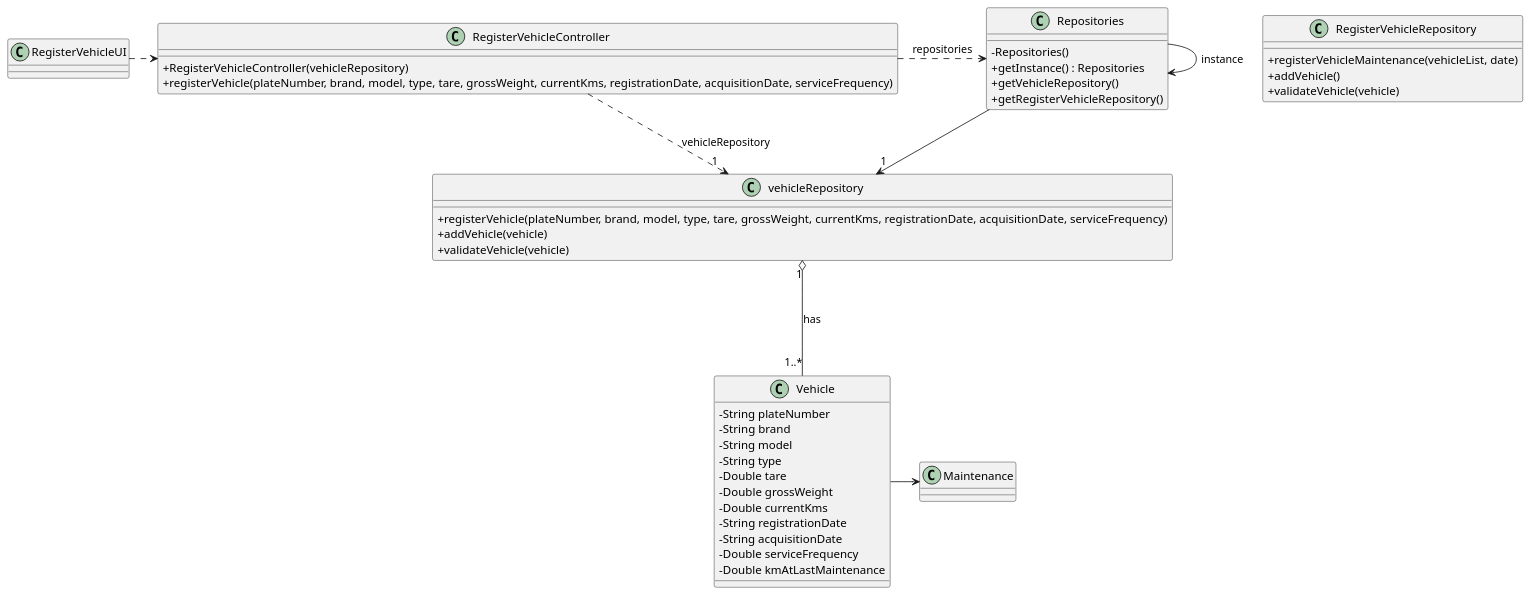
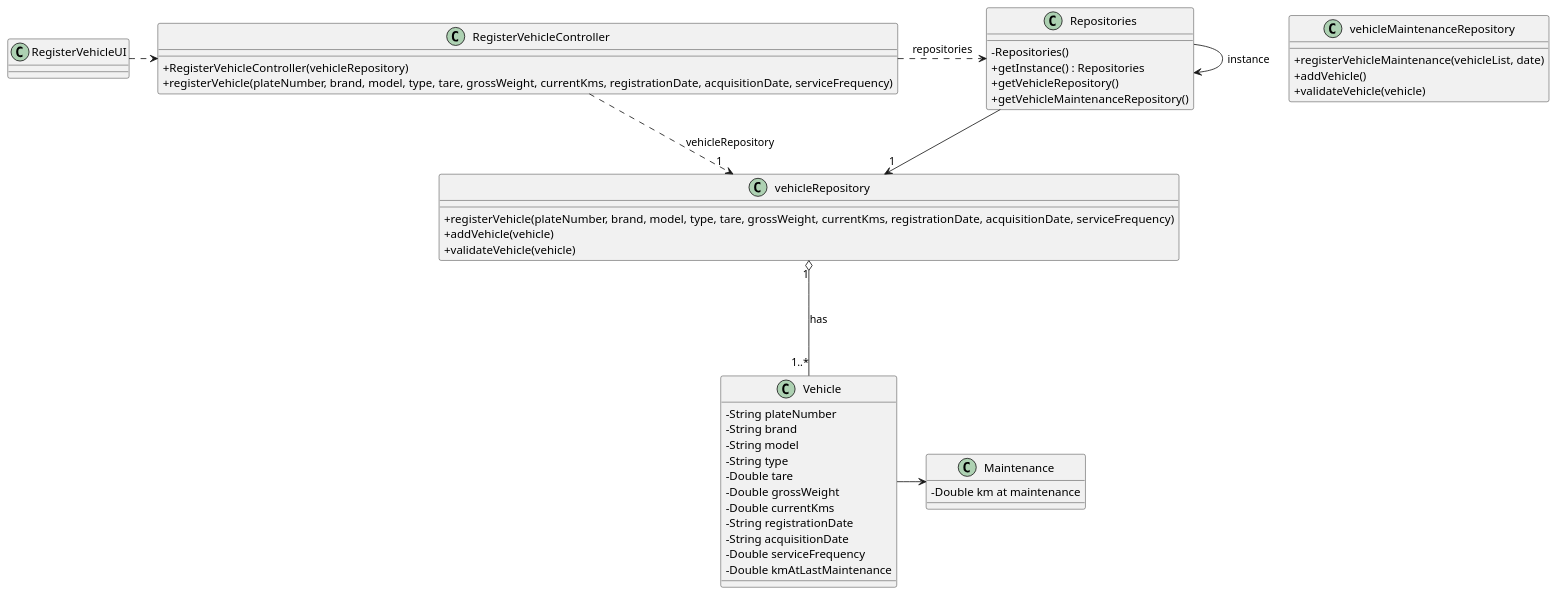
One commit to diogoveirospro/lei-24-s2-1dg-g072 changed the diagram in docs/sprintB/us007/03.design/puml/us007-class-diagram.puml. Above: the diagram before and after it, drawn with PlantUML. The commit also changed 14 other files, not shown here.

Commit message:
Made changes in the US007 design and class diagram

```diff
--- a/docs/sprintB/us007/03.design/puml/us007-class-diagram.puml
+++ b/docs/sprintB/us007/03.design/puml/us007-class-diagram.puml
@@ -1,71 +1,71 @@
 @startuml
 'skinparam monochrome true
 skinparam packageStyle rectangle
 skinparam shadowing false
 skinparam linetype polyline
 'skinparam linetype orto
 
 skinparam classAttributeIconSize 0
 
 'left to right direction
 
 class Repositories {
     - Repositories()
     + getInstance() : Repositories
     + getVehicleRepository()
-    + getRegisterVehicleRepository()
+    + getVehicleMaintenanceRepository()
 }
 
 class RegisterVehicleController {
     + RegisterVehicleController(vehicleRepository)
     + registerVehicle(plateNumber, brand, model, type, tare, grossWeight, currentKms, registrationDate, acquisitionDate, serviceFrequency)
 }
 
-class RegisterVehicleRepository{
+class vehicleMaintenanceRepository{
     + registerVehicleMaintenance(vehicleList, date)
     + addVehicle()
     + validateVehicle(vehicle)
 }
 
 class vehicleRepository{
     + registerVehicle(plateNumber, brand, model, type, tare, grossWeight, currentKms, registrationDate, acquisitionDate, serviceFrequency)
     + addVehicle(vehicle)
     + validateVehicle(vehicle)
 }
 
 class RegisterVehicleUI {
 }
 
 class Vehicle{
     - String plateNumber
     - String brand
     - String model
     - String type
     - Double tare
     - Double grossWeight
     - Double currentKms
     - String registrationDate
     - String acquisitionDate
     - Double serviceFrequency
     - Double kmAtLastMaintenance
 }
 
 class Maintenance{
-
+    - Double km at maintenance
 }
 
 Repositories -> Repositories : instance
 
 RegisterVehicleUI .> RegisterVehicleController
 RegisterVehicleController .> "1" vehicleRepository : vehicleRepository
 
 
 Repositories --> "1" vehicleRepository
 
 RegisterVehicleController .> Repositories : repositories
 
 vehicleRepository "1" o--- "1..*"Vehicle : has
 
 Vehicle -> Maintenance
 
 @enduml
```
